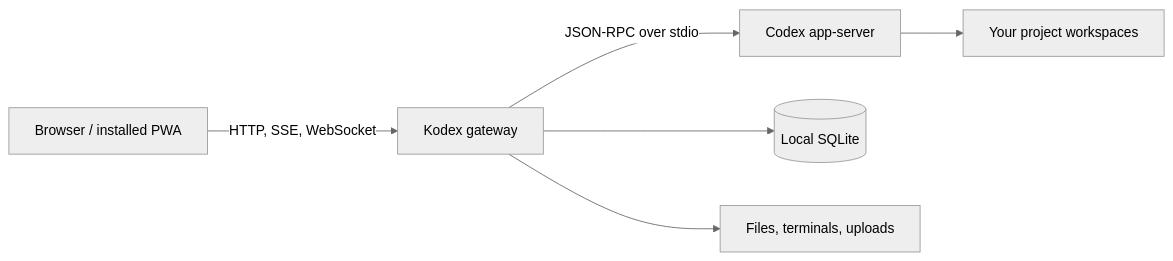
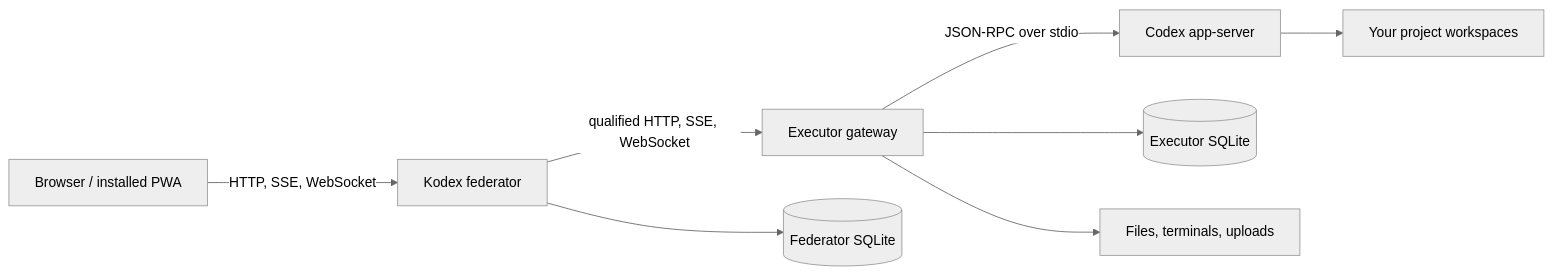
The diagram in README.md (koonweee/kodex), drawn with Mermaid (neutral theme) before and after one commit. The commit also changed other lines of this file and 32 other files, not shown here.

````diff
--- a/README.md
+++ b/README.md
@@ -45,8 +45,10 @@
 ```mermaid
 flowchart LR
-    Browser[Browser / installed PWA] -->|HTTP, SSE, WebSocket| Gateway[Kodex gateway]
+    Browser[Browser / installed PWA] -->|HTTP, SSE, WebSocket| Federator[Kodex federator]
+    Federator -->|qualified HTTP, SSE, WebSocket| Gateway[Executor gateway]
     Gateway -->|JSON-RPC over stdio| Codex[Codex app-server]
-    Gateway --> SQLite[(Local SQLite)]
+    Federator --> FederatorSQLite[(Federator SQLite)]
+    Gateway --> ExecutorSQLite[(Executor SQLite)]
     Gateway --> Host[Files, terminals, uploads]
     Codex --> Projects[Your project workspaces]
 ```
````
